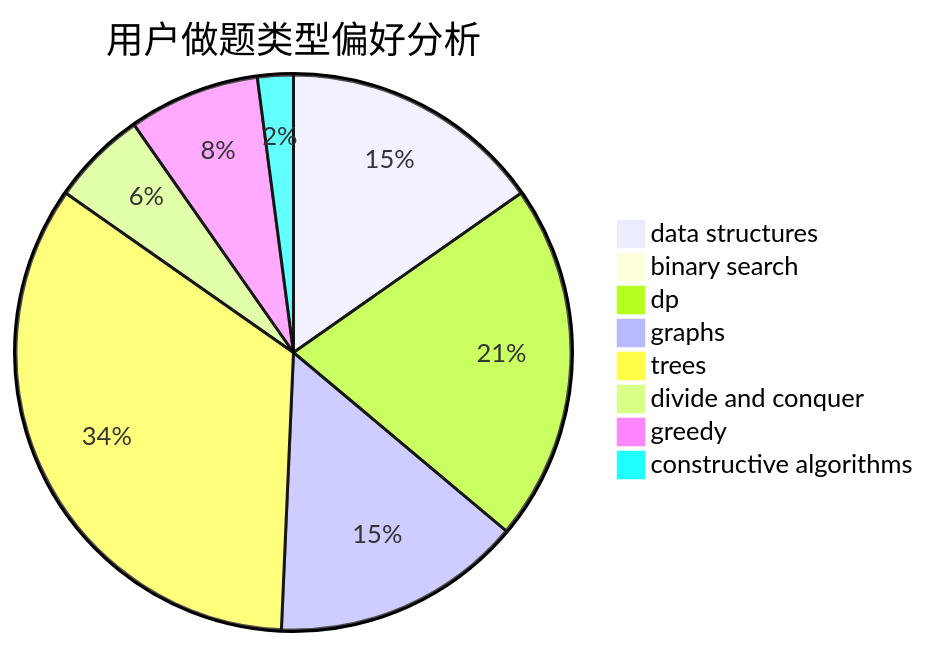
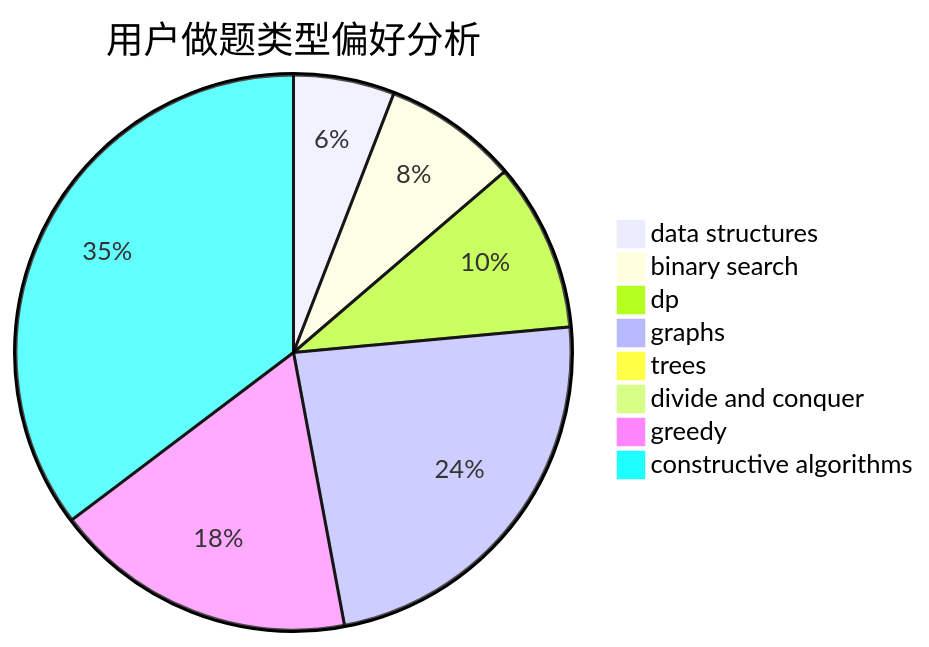
One commit to sherpahu/cfrs.github.io changed the second of 3 diagrams in docs/user/u2425.md. Above: the diagram before and after it, drawn with Mermaid. The commit also changed other lines of this file and 2770 other files, not shown here.

````diff
--- a/docs/user/u2425.md
+++ b/docs/user/u2425.md
@@ -23,11 +23,11 @@
 ```mermaid
 pie title 用户做题类型偏好分析
-    "data structures" :  22
-    "binary search" :  0
-    "dp" :  30
-    "graphs" :  21
-    "trees" :  49
-    "divide and conquer" :  8
-    "greedy" :  11
-    "constructive algorithms" :  3
+    "data structures" :  3
+    "binary search" :  4
+    "dp" :  5
+    "graphs" :  12
+    "trees" :  0
+    "divide and conquer" :  0
+    "greedy" :  9
+    "constructive algorithms" :  18
 ```
````
